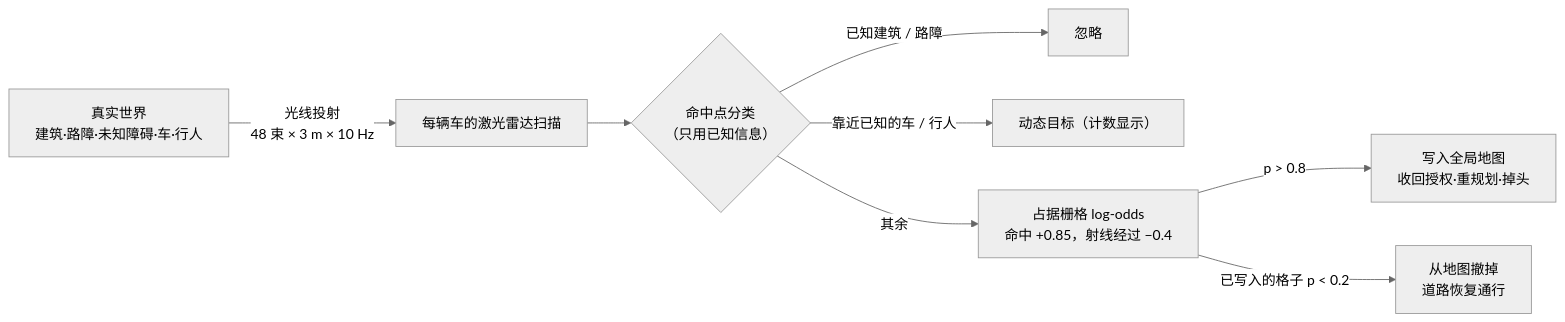
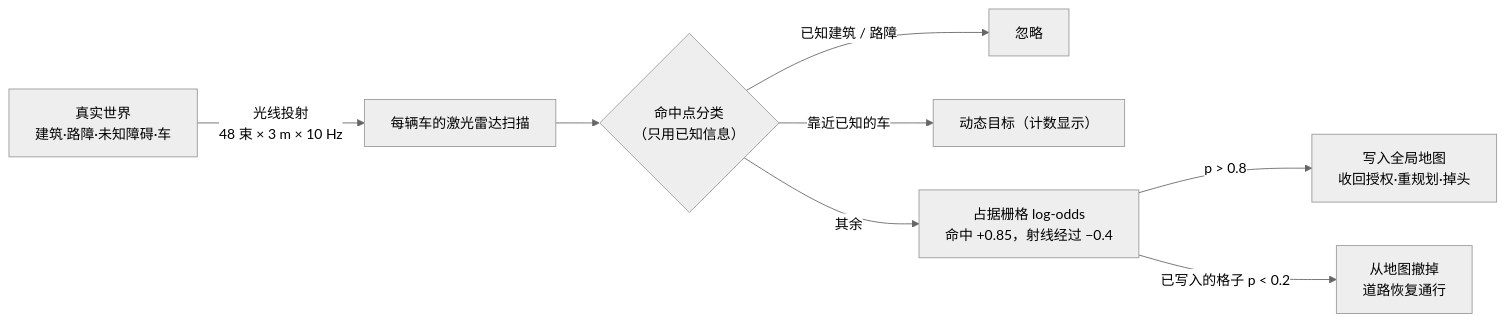
Before and after one commit to fuzeliang1/ZongC: the fifth of 6 diagrams in docs/architecture.md, drawn with Mermaid (neutral theme). The commit also changed other lines of this file and 113 other files, not shown here.

````diff
--- a/docs/architecture.md
+++ b/docs/architecture.md
@@ -205,10 +208,10 @@
 ```mermaid
 flowchart LR
-    W["真实世界<br/>建筑·路障·未知障碍·车·行人"] -->|"光线投射<br/>48 束 × 3 m × 10 Hz"| L["每辆车的激光雷达扫描"]
+    W["真实世界<br/>建筑·路障·未知障碍·车"] -->|"光线投射<br/>48 束 × 3 m × 10 Hz"| L["每辆车的激光雷达扫描"]
     L --> C{"命中点分类<br/>（只用已知信息）"}
     C -->|"已知建筑 / 路障"| X1["忽略"]
-    C -->|"靠近已知的车 / 行人"| X2["动态目标（计数显示）"]
+    C -->|"靠近已知的车"| X2["动态目标（计数显示）"]
     C -->|其余| OG["占据栅格 log-odds<br/>命中 +0.85，射线经过 −0.4"]
     OG -->|"p > 0.8"| D["写入全局地图<br/>收回授权·重规划·掉头"]
     OG -->|"已写入的格子 p < 0.2"| R["从地图撤掉<br/>道路恢复通行"]
 ```
````
